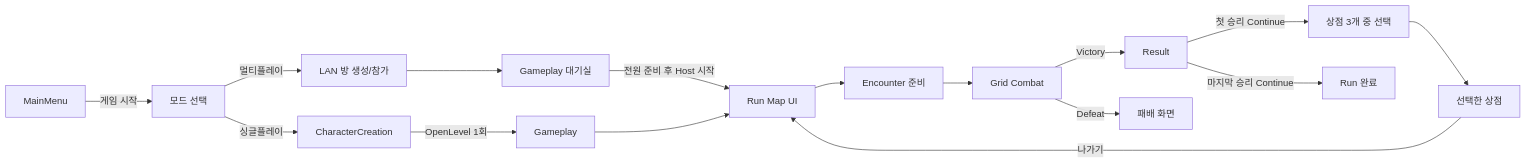
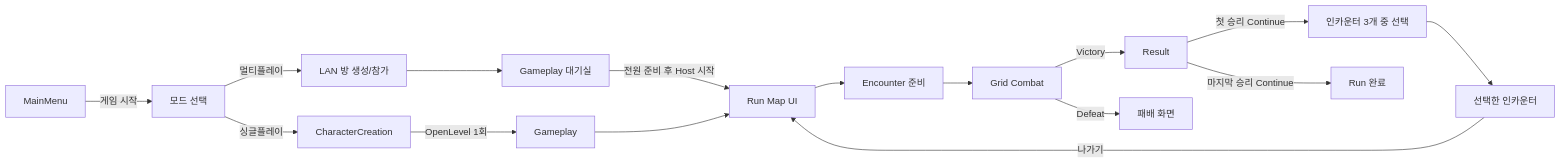
Before and after one commit to jaba001/ProjectA: the diagram in Docs/PROJECT_PLAN.md, drawn with Mermaid. The commit also changed other lines of this file and 14 other files, not shown here.

````diff
--- a/Docs/PROJECT_PLAN.md
+++ b/Docs/PROJECT_PLAN.md
@@ -33,18 +33,18 @@
 ```mermaid
 flowchart LR
     A[MainMenu] -->|게임 시작| M[모드 선택]
     M -->|싱글플레이| B[CharacterCreation]
     M -->|멀티플레이| L[LAN 방 생성/참가]
     B -->|OpenLevel 1회| C[Gameplay]
     L --> R[Gameplay 대기실]
     R -->|전원 준비 후 Host 시작| D[Run Map UI]
     C --> D[Run Map UI]
     D --> E[Encounter 준비]
     E --> F[Grid Combat]
     F -->|Victory| G[Result]
-    G -->|첫 승리 Continue| I[상점 3개 중 선택]
-    I --> J[선택한 상점]
+    G -->|첫 승리 Continue| I[인카운터 3개 중 선택]
+    I --> J[선택한 인카운터]
     J -->|나가기| D
     G -->|마지막 승리 Continue| K[Run 완료]
     F -->|Defeat| H[패배 화면]
 ```
````
